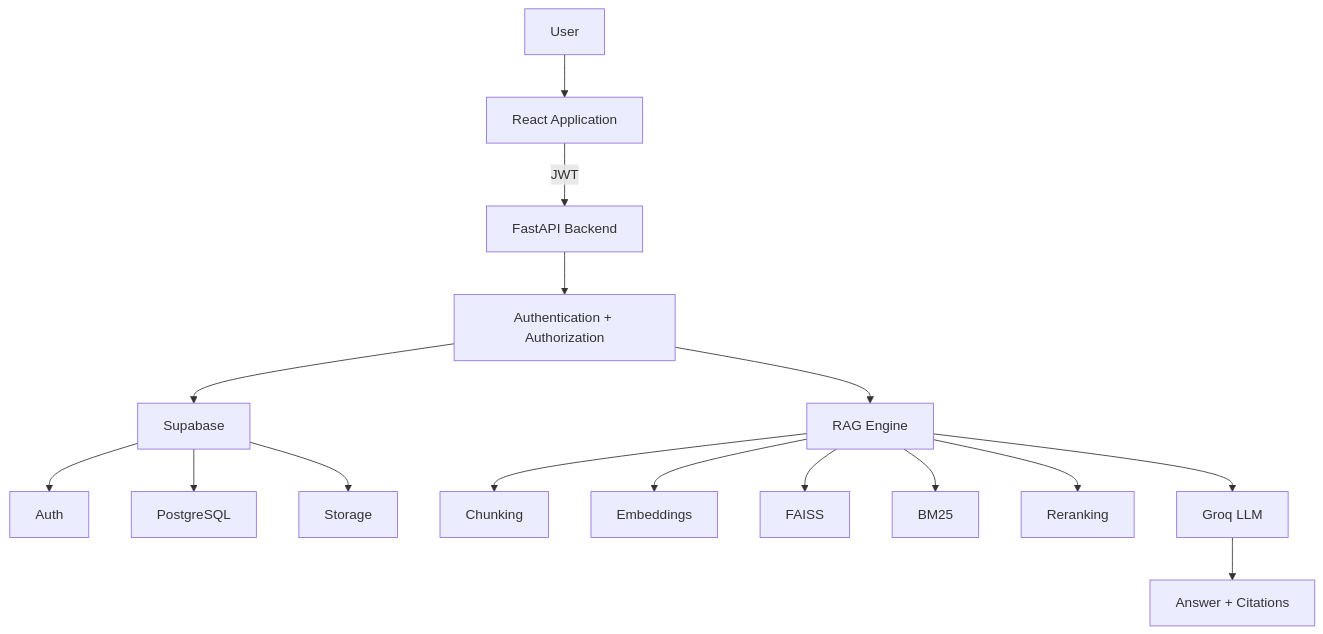
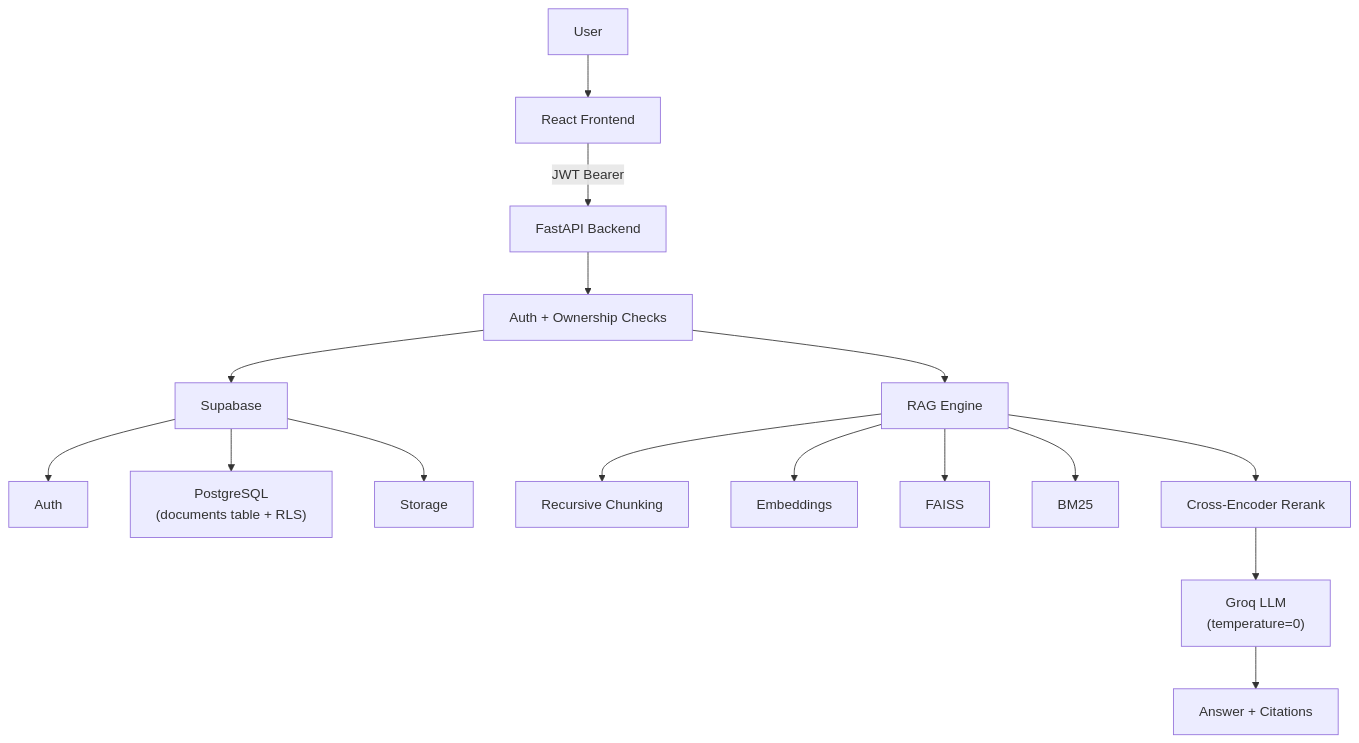
One commit to raghukeerthana02-lang/RAG-assistant changed the fourth of 4 diagrams in README.md. Above: the diagram before and after it, drawn with Mermaid. The commit also changed other lines of this file, not shown here.

````diff
--- a/README.md
+++ b/README.md
@@ -109,18 +132,18 @@
 ```mermaid
 flowchart TD
-    U[User] --> RA[React Application]
-    RA -->|JWT| FA[FastAPI Backend]
-    FA --> AUTH[Authentication + Authorization]
+    U[User] --> RA[React Frontend]
+    RA -->|JWT Bearer| FA[FastAPI Backend]
+    FA --> AUTH[Auth + Ownership Checks]
     AUTH --> SB[Supabase]
     SB --> SBA[Auth]
-    SB --> SBD[PostgreSQL]
+    SB --> SBD["PostgreSQL<br/>(documents table + RLS)"]
     SB --> SBS[Storage]
     AUTH --> RAG[RAG Engine]
-    RAG --> CH[Chunking]
+    RAG --> CH[Recursive Chunking]
     RAG --> EMB[Embeddings]
     RAG --> FAISS[FAISS]
     RAG --> BM25[BM25]
-    RAG --> RR[Reranking]
-    RAG --> LLM[Groq LLM]
+    RAG --> RR[Cross-Encoder Rerank]
+    RR --> LLM["Groq LLM<br/>(temperature=0)"]
     LLM --> ANS[Answer + Citations]
 ```
````
